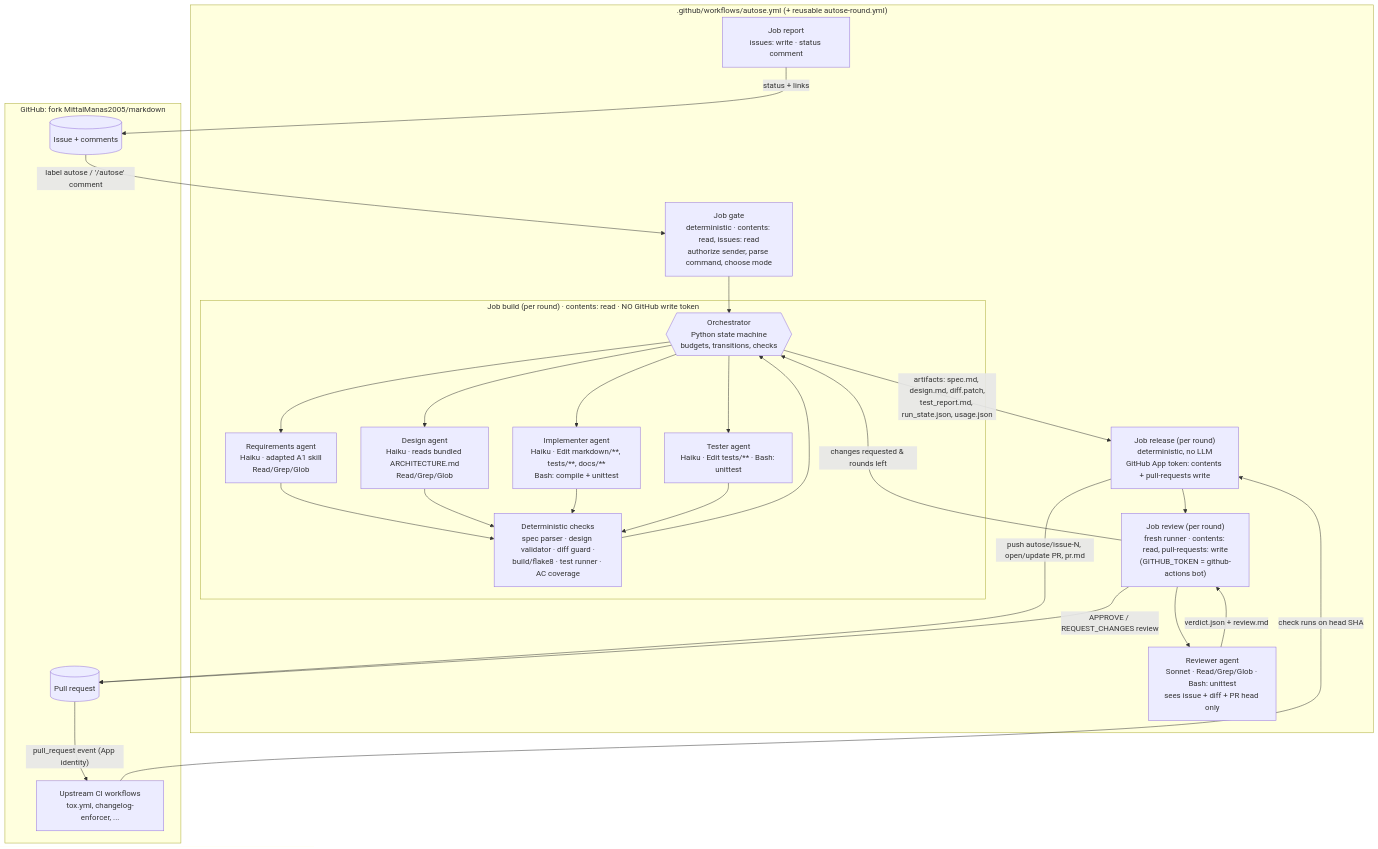
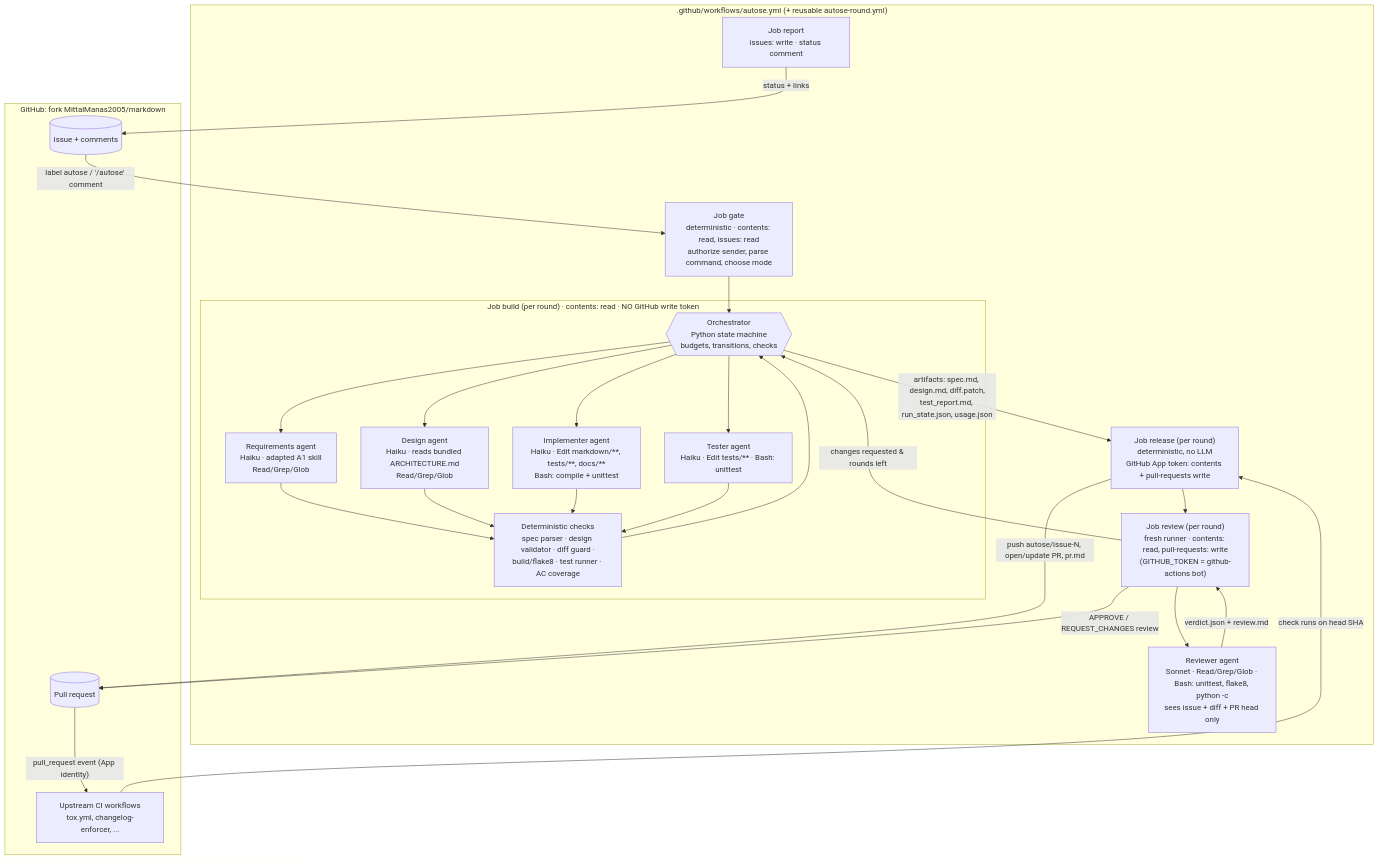
One commit to MittalManas2005/autose-a3 changed the diagram in architecture/views/component_view.md. Above: the diagram before and after it, drawn with Mermaid. The commit also changed other lines of this file and 6 other files, not shown here.

````diff
--- a/architecture/views/component_view.md
+++ b/architecture/views/component_view.md
@@ -11,42 +11,42 @@
 ```mermaid
 flowchart TB
   subgraph GH[GitHub: fork MittalManas2005/markdown]
     ISSUE[(Issue + comments)]
     PR[(Pull request)]
     CI[Upstream CI workflows<br/>tox.yml, changelog-enforcer, ...]
   end
 
   subgraph WF[".github/workflows/autose.yml (+ reusable autose-round.yml)"]
     GATE["Job gate<br/>deterministic · contents: read, issues: read<br/>authorize sender, parse command, choose mode"]
     subgraph BUILD["Job build (per round) · contents: read · NO GitHub write token"]
       ORCH{{"Orchestrator<br/>Python state machine<br/>budgets, transitions, checks"}}
       REQ["Requirements agent<br/>Haiku · adapted A1 skill<br/>Read/Grep/Glob"]
       DES["Design agent<br/>Haiku · reads bundled ARCHITECTURE.md<br/>Read/Grep/Glob"]
       IMP["Implementer agent<br/>Haiku · Edit markdown/**, tests/**, docs/**<br/>Bash: compile + unittest"]
       TST["Tester agent<br/>Haiku · Edit tests/** · Bash: unittest"]
       CHK["Deterministic checks<br/>spec parser · design validator · diff guard ·<br/>build/flake8 · test runner · AC coverage"]
     end
     REL["Job release (per round)<br/>deterministic, no LLM<br/>GitHub App token: contents + pull-requests write"]
     REV["Job review (per round)<br/>fresh runner · contents: read, pull-requests: write<br/>(GITHUB_TOKEN = github-actions bot)"]
-    REVA["Reviewer agent<br/>Sonnet · Read/Grep/Glob · Bash: unittest<br/>sees issue + diff + PR head only"]
+    REVA["Reviewer agent<br/>Sonnet · Read/Grep/Glob · Bash: unittest, flake8, python -c<br/>sees issue + diff + PR head only"]
     REPORT["Job report<br/>issues: write · status comment"]
   end
 
   ISSUE -- "label autose / '/autose' comment" --> GATE
   GATE --> ORCH
   ORCH --> REQ --> CHK
   ORCH --> DES --> CHK
   ORCH --> IMP --> CHK
   ORCH --> TST --> CHK
   CHK --> ORCH
   ORCH -- "artifacts: spec.md, design.md, diff.patch,<br/>test_report.md, run_state.json, usage.json" --> REL
   REL -- "push autose/issue-N, open/update PR, pr.md" --> PR
   PR -- "pull_request event (App identity)" --> CI
   CI -- "check runs on head SHA" --> REL
   REL --> REV
   REV --> REVA
   REVA -- "verdict.json + review.md" --> REV
   REV -- "APPROVE / REQUEST_CHANGES review" --> PR
   REV -- "changes requested & rounds left" --> ORCH
   REPORT -- "status + links" --> ISSUE
 ```
````
